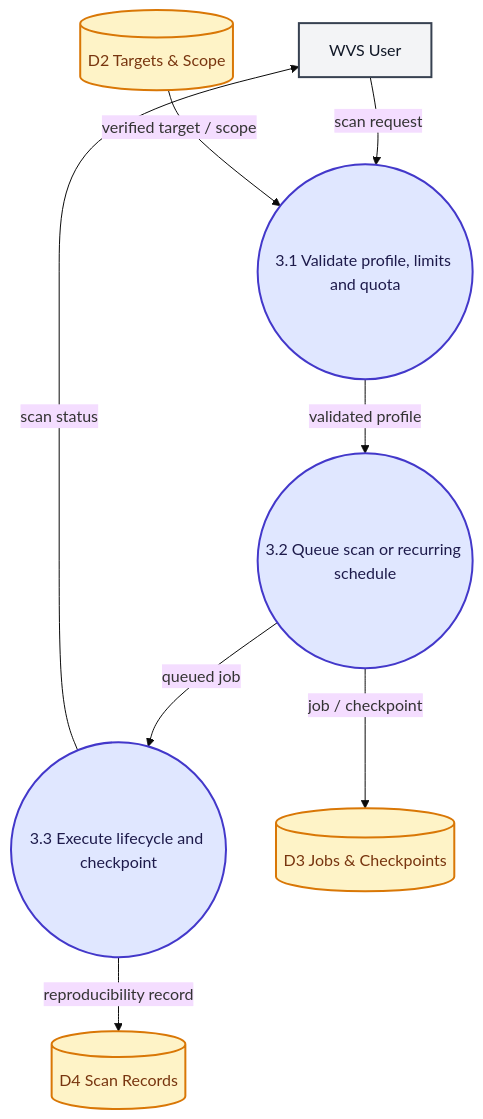
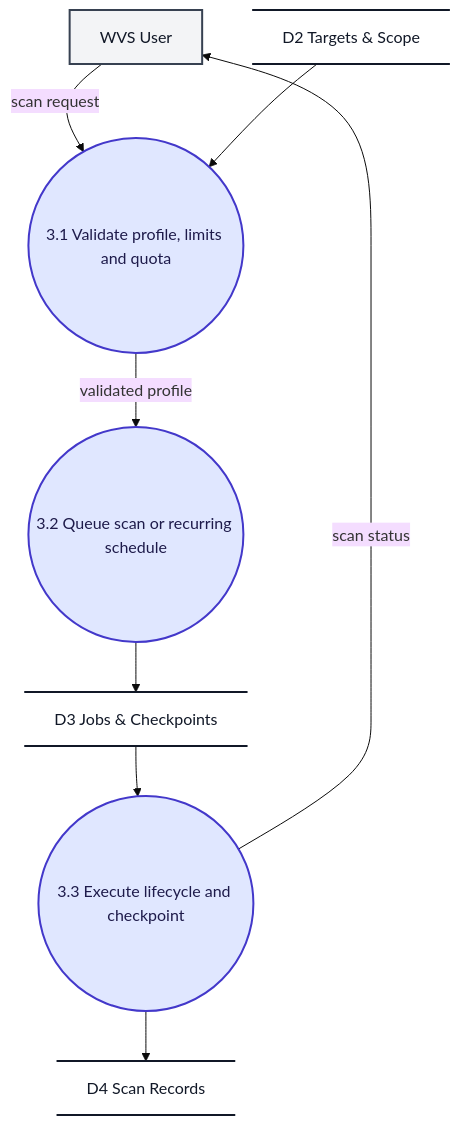
One commit to ksacheth/software-engineering changed the fifth of 10 diagrams in docs/Website_Vulnerability_Scanner_DFD.md. Above: the diagram before and after it, drawn with Mermaid (base theme). The commit also changed other lines of this file and 25 other files, not shown here.

Commit message:
docs(dfd): standardize data store flows

````diff
--- a/docs/Website_Vulnerability_Scanner_DFD.md
+++ b/docs/Website_Vulnerability_Scanner_DFD.md
@@ -203,28 +208,28 @@
 ```mermaid
 flowchart TD
     %% Level 2 DFD - F.3 Scan Configuration and Execution
 
     User["WVS User"]
     P31(("3.1 Validate profile, limits and quota"))
     P32(("3.2 Queue scan or recurring schedule"))
     P33(("3.3 Execute lifecycle and checkpoint"))
-    D2[("D2 Targets & Scope")]
-    D3[("D3 Jobs & Checkpoints")]
-    D4[("D4 Scan Records")]
+    D2@{ shape: datastore, label: "D2 Targets & Scope" }
+    D3@{ shape: datastore, label: "D3 Jobs & Checkpoints" }
+    D4@{ shape: datastore, label: "D4 Scan Records" }
 
     User -->|"scan request"| P31
     P33 -->|"scan status"| User
     P31 -->|"validated profile"| P32
-    P32 -->|"queued job"| P33
-    D2 -->|"verified target / scope"| P31
-    P32 -->|"job / checkpoint"| D3
-    P33 -->|"reproducibility record"| D4
+    D2 --> P31
+    P32 --> D3
+    D3 --> P33
+    P33 --> D4
 
     %% Styling
     classDef process fill:#e0e7ff,stroke:#4338ca,stroke-width:2px,color:#1e1b4b;
     classDef entity fill:#f3f4f6,stroke:#374151,stroke-width:2px,color:#111827;
-    classDef store fill:#fef3c7,stroke:#d97706,stroke-width:2px,color:#78350f;
+    classDef store fill:transparent,stroke:#111827,stroke-width:2px,color:#111827;
     class P31,P32,P33 process;
     class User entity;
     class D2,D3,D4 store;
 ```
````
